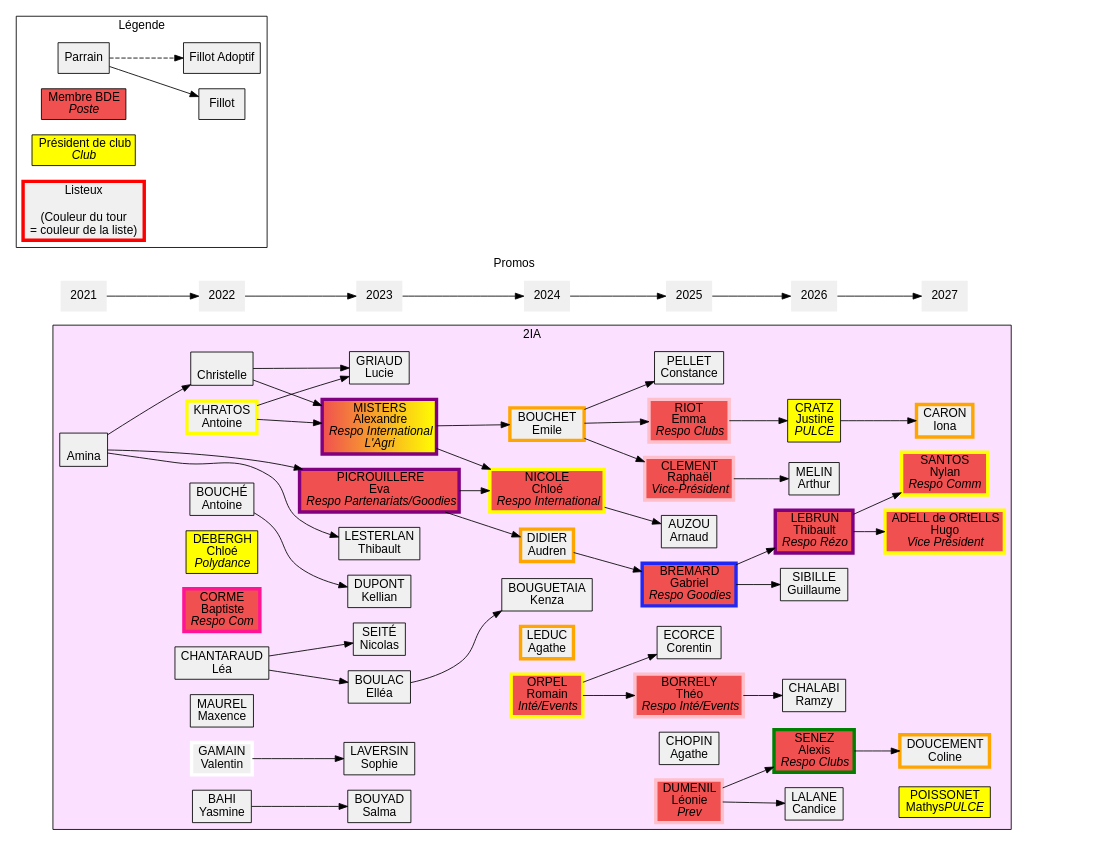
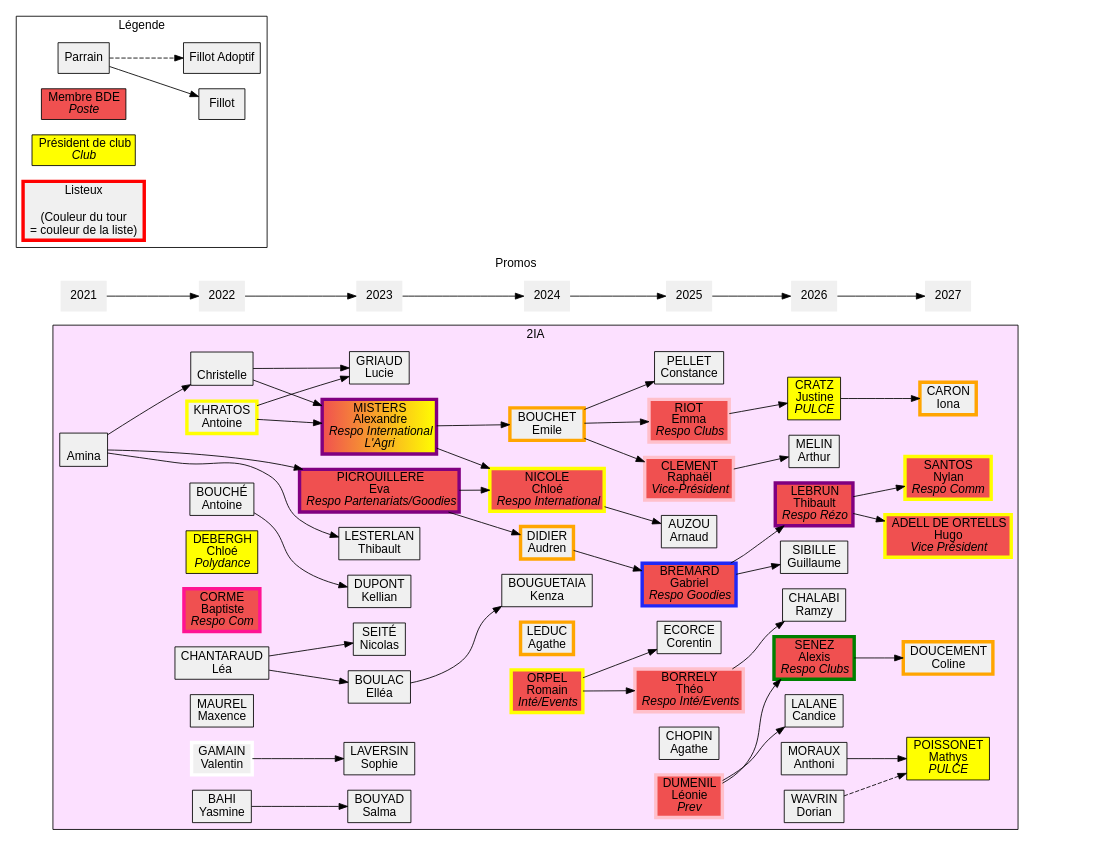
Before and after one commit to Scruchet/poly_gen: the diagram in 2ia.dot, drawn with Graphviz. The commit also changed 1 other file, not shown here.

```diff
--- a/2ia.dot
+++ b/2ia.dot
@@ -1,165 +1,166 @@
 digraph iia {
 	graph [
 		charset = "UTF-8";
 		style = filled;
 		fontname = "Arial";
 	];
 
 	node [
 		shape = box;
 		style = filled;
 		fillcolor = "#f0f0f0";
 		fontname = "Arial";
 	];
 
 	rankdir = LR;
 
 	subgraph cluster_promos {
 		label = "Promos";
 		penwidth = 0;
 		color = none;
 		node [shape = none];
 
 		"2021" -> "2022" -> "2023" -> "2024" -> "2025" -> "2026" -> "2027";
 	}
     	subgraph cluster_legende {
 		label = "Légende";
 		fillcolor = none;
 
 		leg_parrain	[label = "Parrain"];
 		leg_fillot	[label = "Fillot"];
 		leg_fillotadop	[label = "Fillot Adoptif"];
 		leg_BDE		[label = <Membre BDE<BR/><I>Poste</I>> fillcolor="#f05050"];
 		leg_prez	[label = <Président de club<BR/><I>Club</I>> fillcolor="yellow"];
 		leg_listeux	[label = "Listeux\n\n(Couleur du tour\n = couleur de la liste)" penwidth=4 color="red"];
 
 		leg_parrain -> leg_fillot;
 		leg_parrain -> leg_fillotadop [style = "dashed"];
 	}
 	
 	subgraph cluster_2IA {
 		label = "2IA";
 		fillcolor = "#FCE0FF";
 
 		{ rank="same";
 			amina		[label = "\nAmina"];
 		}
 
 		{ rank="same";
 			antoinebouch	[label = "BOUCHÉ\nAntoine"];
 			antoinekhra	[label = "KHRATOS\nAntoine" penwidth=4 color="yellow"];
 			chloedeb	[label = <DEBERGH<BR/>Chloé<BR/><I>Polydance</I>> fillcolor="yellow"];
 			christelle	[label = "\nChristelle"];
 			joker		[label = <CORME<BR/>Baptiste<BR/><I>Respo Com</I>> fillcolor="#f05050" penwidth=4 color="deeppink"];
 			leachantar	[label = "CHANTARAUD\nLéa"];
 			maxencemor	[label = "MAUREL\nMaxence"];
 			valentingam	[label = "GAMAIN\nValentin" penwidth=4 color="white"];
 			yasminebahi	[label = "BAHI\nYasmine"];
 		}
 		amina -> christelle;
 
 
 		{ rank="same";
 			evapicrou	[label = <PICROUILLERE<BR/>Eva<BR/><I>Respo Partenariats/Goodies</I>> fillcolor="#f05050" penwidth=4 color="purple"];
 			
 			
 			kelliandup	[label = "DUPONT\nKellian"];
 			luciegria	[label = "GRIAUD\nLucie"];
 			nicolatseite	[label = "SEITÉ\nNicolas"];
 			elboulac	[label = "BOULAC\nElléa"];
 			salmabouyad	[label = "BOUYAD\nSalma"];
 			smitty		[label = <MISTERS<BR/>Alexandre<BR/><I>Respo International<BR/>L'Agri</I>> fillcolor="#f05050:yellow" penwidth=4 color="purple"];
 			sophielaver	[label = "LAVERSIN\nSophie"];
 			thibaultleste	[label = "LESTERLAN\nThibault"];
 
 			//portalSE	[label = " \nSE\n " shape="ellipse" penwidth=6 color="orange" fillcolor="#FFE0E0"];
 		}
 		amina -> evapicrou;
 		amina -> thibaultleste;
 		antoinebouch -> kelliandup;
 		antoinekhra -> luciegria;
 		antoinekhra -> smitty;
 		christelle -> luciegria;
 		christelle -> smitty;
 		leachantar -> nicolatseite;
 		leachantar -> elboulac;
 		valentingam -> sophielaver;
 		yasminebahi -> salmabouyad;
 
 		{ rank="same";
 			chloenico	[label = <NICOLE<BR/>Chloé<BR/><I>Respo International</I>> fillcolor="#f05050" penwidth=4 color="yellow"];
 			didieraud	[label = "DIDIER\nAudren" penwidth=4 color="orange"];
 			emilebct	[label = "BOUCHET \nEmile" penwidth=4 color="orange"];
 			agatleduc	[label = "LEDUC\nAgathe" penwidth=4 color="orange"];
 			romainorp	[label = <ORPEL<BR/>Romain<BR/><I>Inté/Events</I>> fillcolor="#f05050" penwidth=4 color="yellow"];
 			kbouguetaia [label="BOUGUETAIA\nKenza"];
 
 		}
 		elboulac -> kbouguetaia;
 		evapicrou -> chloenico;
 		evapicrou -> didieraud;
 		smitty -> chloenico;
 		smitty -> emilebct;
 		
 		{ rank="same";
 			arnaudauz  [label = "AUZOU\nArnaud"];
 			constancep [label = "PELLET\nConstance"];
 			agathechop [label = "CHOPIN\nAgathe"];
 			raphaelcle [label = <CLEMENT<BR/>Raphaël<BR/><I>Vice-Président</I>> fillcolor="#f05050" penwidth=4 color="pink"];
 			emmariot   [label = <RIOT<BR/>Emma<BR/><I>Respo Clubs</I>> fillcolor="#f05050" penwidth=4 color="pink"];
 			ldumenil   [label = <DUMENIL<BR/>Léonie<BR/><I>Prev</I>> fillcolor="#f05050" penwidth=4 color="pink"];
 			corentinec [label = "ECORCE\nCorentin"];
 			theoborel  [label = <BORRELY<BR/>Théo<BR/><I>Respo Inté/Events</I>> fillcolor="#f05050" penwidth=4 color="pink"]; 
 			gabrielbr  [label = <BREMARD<BR/>Gabriel<BR/><I>Respo Goodies</I>> fillcolor="#f05050" penwidth=4 color="#2128f5"];
 		}
 		romainorp -> corentinec;
 		romainorp -> theoborel;
 		emilebct -> constancep;
 		emilebct -> raphaelcle;
 		emilebct -> emmariot;
 		chloenico->arnaudauz;
 		didieraud -> gabrielbr;
 
 
 		{ rank="same";
 			amelin 		[label = "MELIN\nArthur"];
 			rchalabi    [label = "CHALABI\nRamzy"];
 			asenez 		[label = <SENEZ<BR/>Alexis<BR/><I>Respo Clubs</I>> fillcolor="#f05050" penwidth=4 color="green"];
 			tlebrun 	[label = <LEBRUN<BR/>Thibault<BR/><I>Respo Rézo</I>> fillcolor="#f05050" penwidth=4 color="purple"];
 			jcratz		[label =<CRATZ<BR/>Justine<BR/><I>PULCE</I>> fillcolor="yellow"];
 			clalance	[label = "LALANE\nCandice"];
 			gsibille 	[label = "SIBILLE\nGuillaume"];
+			amoraux		[label = "MORAUX\nAnthoni"];
+			dwavrin		[label = "WAVRIN\nDorian"];
 
 		}
 			theoborel ->rchalabi
 			raphaelcle->amelin;
 			ldumenil->asenez;
 			ldumenil->clalance;
 			gabrielbr->tlebrun;
 			gabrielbr->gsibille;
 			emmariot->jcratz;
 		
 		//portalSE -> romainorp [style=dashed penwidth=2 color="#f05050"];
 
 		{ rank="same";
-			mpoissonet 		[label = <POISSONET<BR/>Mathys<I>PULCE</I>> fillcolor="yellow"];
-			hadell 	   		[label = <ADELL de ORtELLS<BR/>Hugo<BR/><I>Vice Président</I>> fillcolor="#f05050" penwidth=4 color="yellow"];
+			mpoissonet 		[label = <POISSONET<BR/>Mathys<BR/><I>PULCE</I>> fillcolor="yellow"];
+			hadell 	   		[label = <ADELL DE ORTELLS<BR/>Hugo<BR/><I>Vice Président</I>> fillcolor="#f05050" penwidth=4 color="yellow"];
 			icaron 			[label = <CARON<BR/>Iona<BR/>>  penwidth=4 color="orange"];
 			cdoucement 		[label = <DOUCEMENT<BR/>Coline<BR/>> penwidth=4 color="orange"];
 			nsantos			[label =<SANTOS<BR/>Nylan<BR/><I>Respo Comm</I>> fillcolor="#f05050" penwidth=4 color="yellow"];
 		}
-		//Mathys -> mpoissonet;
-		// Mathys -> mpoissonet [style=dashed];
+		amoraux -> mpoissonet;
+		dwavrin -> mpoissonet [style=dashed];
 		tlebrun -> hadell;
-		//hugo -> hadell [style=dashed];
 		jcratz -> icaron;
 		asenez -> cdoucement;
 		tlebrun -> nsantos;
 		
 	}
 
 	endnode [style=invis];
 
-	hadell -> endnode [style=invis];
+	mpoissonet -> endnode [style=invis];
 	"2027" -> endnode [style=invis];
 }
```
